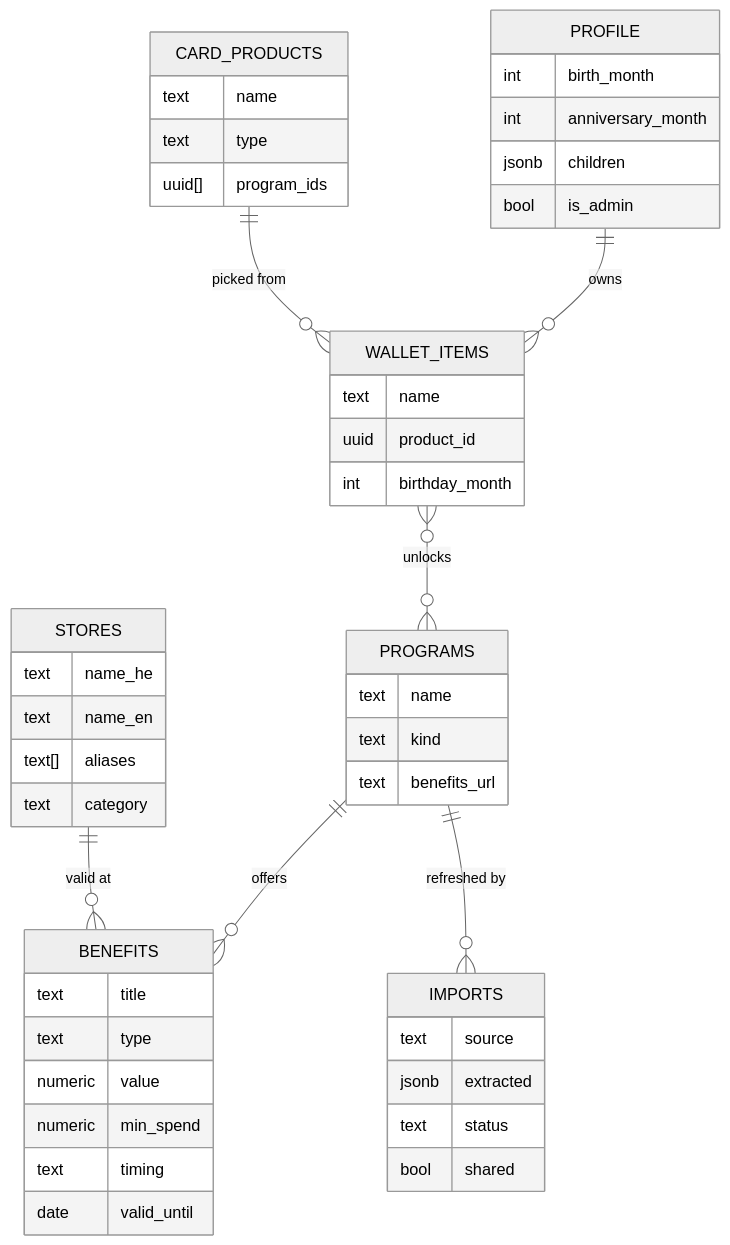
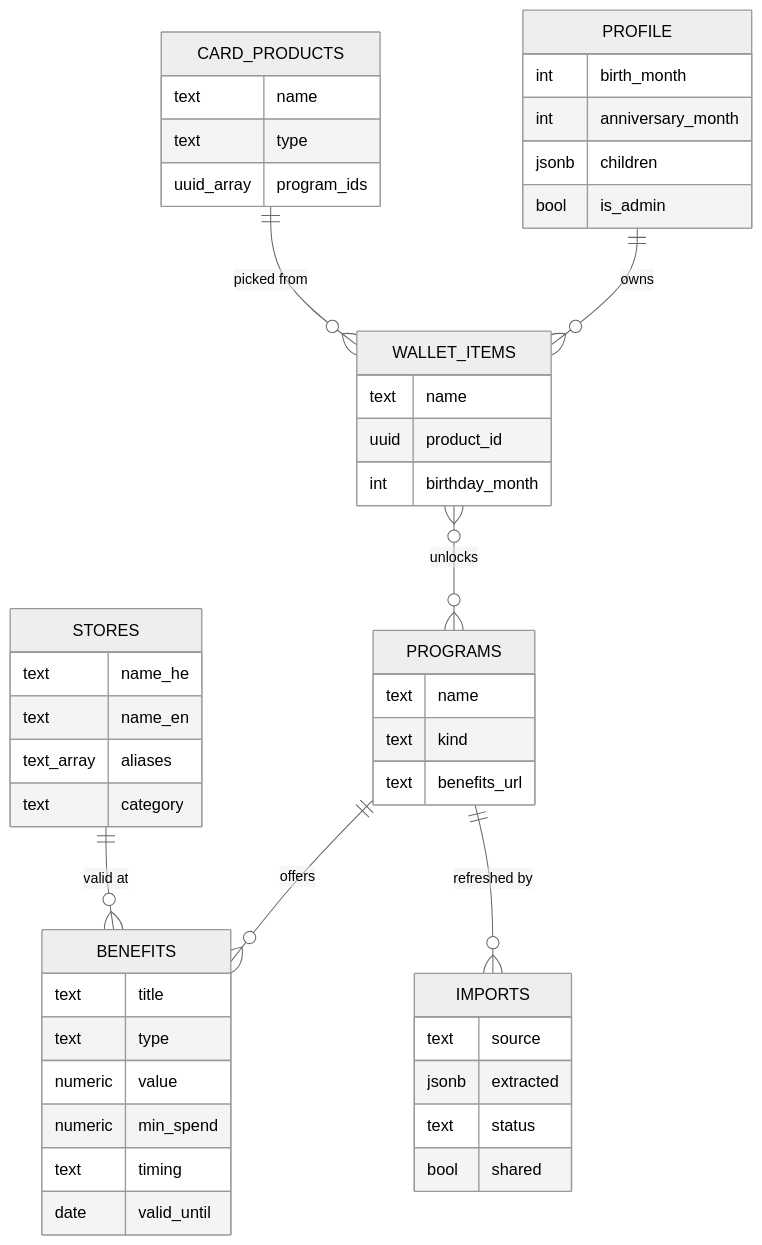
One commit to Gabrielab5/benefits-finder changed the third of 3 diagrams in README.md. Above: the diagram before and after it, drawn with Mermaid (neutral theme).

Commit message:
docs: ER diagram in standard mermaid syntax

````diff
--- a/README.md
+++ b/README.md
@@ -190,17 +190,51 @@
 ```mermaid
 erDiagram
     PROFILE ||--o{ WALLET_ITEMS : owns
     CARD_PRODUCTS ||--o{ WALLET_ITEMS : "picked from"
     WALLET_ITEMS }o--o{ PROGRAMS : unlocks
     PROGRAMS ||--o{ BENEFITS : offers
     STORES ||--o{ BENEFITS : "valid at"
     PROGRAMS ||--o{ IMPORTS : "refreshed by"
 
-    PROFILE { int birth_month  int anniversary_month  jsonb children  bool is_admin }
-    CARD_PRODUCTS { text name  text type  uuid[] program_ids }
-    WALLET_ITEMS { text name  uuid product_id  int birthday_month }
-    PROGRAMS { text name  text kind  text benefits_url }
-    STORES { text name_he  text name_en  text[] aliases  text category }
-    BENEFITS { text title  text type  numeric value  numeric min_spend  text timing  date valid_until }
-    IMPORTS { text source  jsonb extracted  text status  bool shared }
+    PROFILE {
+        int birth_month
+        int anniversary_month
+        jsonb children
+        bool is_admin
+    }
+    CARD_PRODUCTS {
+        text name
+        text type
+        uuid_array program_ids
+    }
+    WALLET_ITEMS {
+        text name
+        uuid product_id
+        int birthday_month
+    }
+    PROGRAMS {
+        text name
+        text kind
+        text benefits_url
+    }
+    STORES {
+        text name_he
+        text name_en
+        text_array aliases
+        text category
+    }
+    BENEFITS {
+        text title
+        text type
+        numeric value
+        numeric min_spend
+        text timing
+        date valid_until
+    }
+    IMPORTS {
+        text source
+        jsonb extracted
+        text status
+        bool shared
+    }
 ```
````
